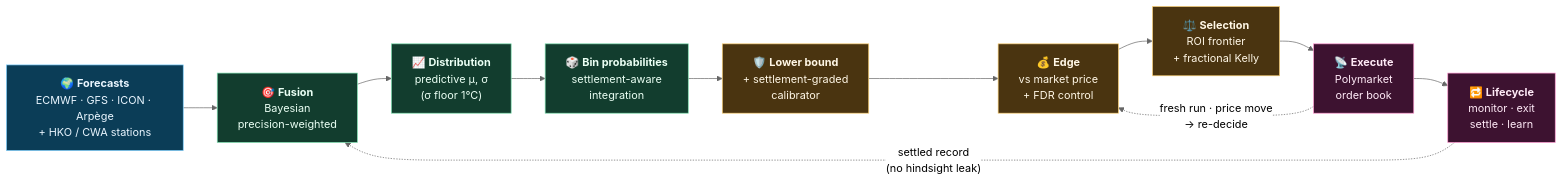
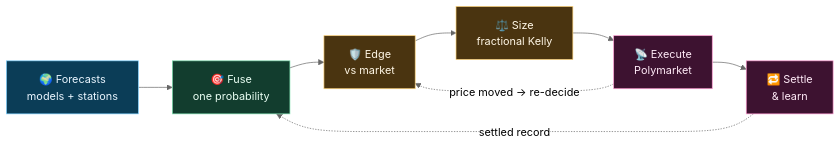
The diagram in README.md (fitz-s/zeus), drawn with Mermaid (neutral theme) before and after one commit. The commit also changed other lines of this file, not shown here.

````diff
--- a/README.md
+++ b/README.md
@@ -14,17 +7,14 @@
 ```mermaid
 flowchart LR
-    A["🌍 <b>Forecasts</b><br/>ECMWF · GFS · ICON · Arpège<br/>+ HKO / CWA stations"]:::src --> B["🎯 <b>Fusion</b><br/>Bayesian<br/>precision-weighted"]:::calc
-    B --> C["📈 <b>Distribution</b><br/>predictive μ, σ<br/>(σ floor 1°C)"]:::calc
-    C --> D["🎲 <b>Bin probabilities</b><br/>settlement-aware<br/>integration"]:::calc
-    D --> E["🛡️ <b>Lower bound</b><br/>+ settlement-graded<br/>calibrator"]:::gate
-    E --> F["💰 <b>Edge</b><br/>vs market price<br/>+ FDR control"]:::gate
-    F --> G["⚖️ <b>Selection</b><br/>ROI frontier<br/>+ fractional Kelly"]:::gate
-    G --> H["📡 <b>Execute</b><br/>Polymarket<br/>order book"]:::exec
-    H --> I["🔁 <b>Lifecycle</b><br/>monitor · exit<br/>settle · learn"]:::exec
-    I -. "settled record<br/>(no hindsight leak)" .-> B
-    H -. "fresh run · price move<br/>→ re-decide" .-> F
+    A["🌍 Forecasts<br/>models + stations"]:::src --> B["🎯 Fuse<br/>one probability"]:::calc
+    B --> C["🛡️ Edge<br/>vs market"]:::gate
+    C --> D["⚖️ Size<br/>fractional Kelly"]:::gate
+    D --> E["📡 Execute<br/>Polymarket"]:::exec
+    E --> F["🔁 Settle<br/>& learn"]:::exec
+    F -. "settled record" .-> B
+    E -. "price moved → re-decide" .-> C
     classDef src fill:#0b3d57,stroke:#7fd1ff,color:#eaf6ff;
     classDef calc fill:#123d2e,stroke:#7fe0b0,color:#eafff4;
     classDef gate fill:#4a3410,stroke:#ffd479,color:#fff7e6;
     classDef exec fill:#3d1230,stroke:#ff9ad1,color:#ffeaf7;
 ```
````
